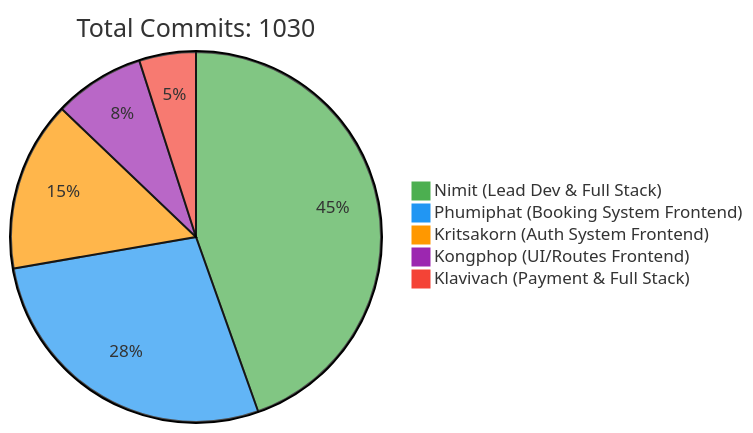
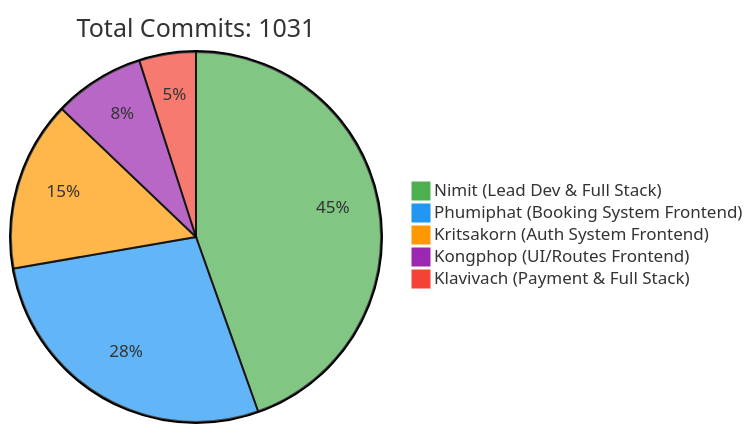
Before and after one commit to 6531503042/Sport-Complex: the first of 2 diagrams in README.md, drawn with Mermaid. The commit also changed other lines of this file, not shown here.

Commit message:
docs: Update contributor statistics [skip ci]

````diff
--- a/README.md
+++ b/README.md
@@ -240,10 +240,10 @@
 ```mermaid
 %%{init: {'theme': 'base', 'themeVariables': { 'pie1': '#4CAF50', 'pie2': '#2196F3', 'pie3': '#FF9800', 'pie4': '#9C27B0', 'pie5': '#F44336'}}}%%
 pie
-    title Total Commits: 1030
+    title Total Commits: 1031
     "Nimit (Lead Dev & Full Stack)" : 450
     "Phumiphat (Booking System Frontend)" : 280
     "Kritsakorn (Auth System Frontend)" : 150
     "Kongphop (UI/Routes Frontend)" : 80
     "Klavivach (Payment & Full Stack)" : 50
 ```
````
